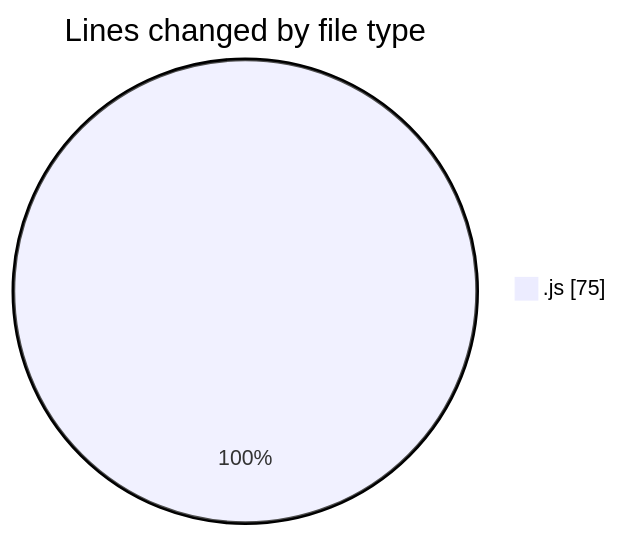
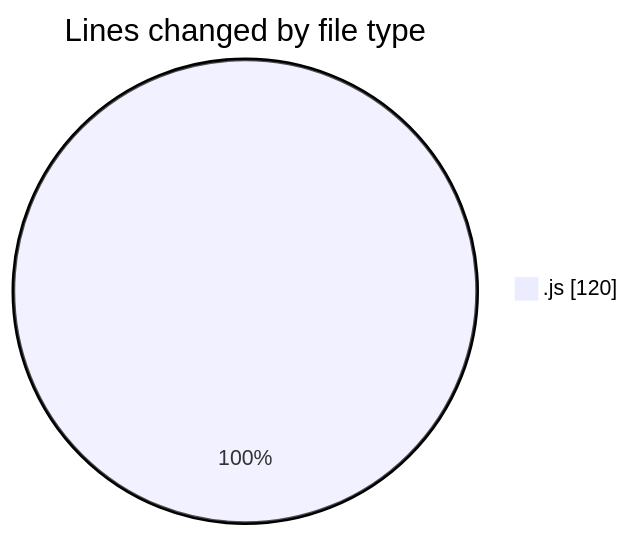
Before and after one commit to momahboobian/code-tracking: the first of 2 diagrams in 2025-05-23/cda/README.md, drawn with Mermaid. The commit also changed other lines of this file and 1 other file, not shown here.

````diff
--- a/2025-05-23/cda/README.md
+++ b/2025-05-23/cda/README.md
@@ -21,5 +22,5 @@
 ```mermaid
 pie showData
 title Lines changed by file type
-".js" : 75
+".js" : 120
 ```
````
